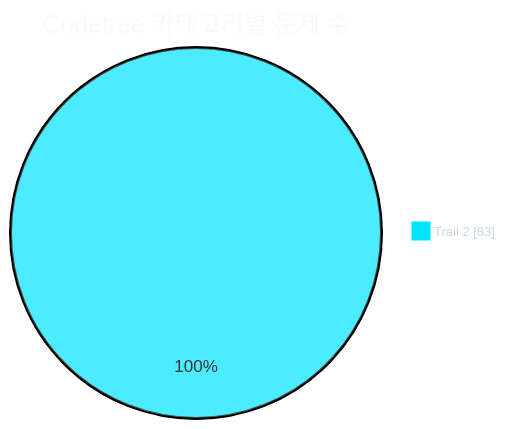
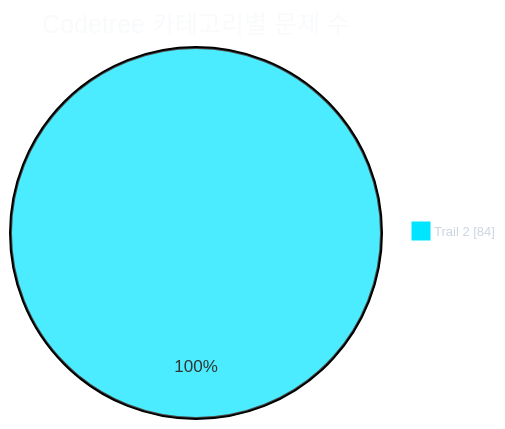
The first of 2 diagrams in readme.md (CHOOSLA/Algorithm), drawn with Mermaid before and after one commit. The commit also changed other lines of this file and 2 other files, not shown here.

````diff
--- a/readme.md
+++ b/readme.md
@@ -31,21 +31,21 @@
 ```mermaid
 ---
 config:
   theme: base
   themeVariables:
     background: '#0d1117'
     pieTitleTextColor: '#f8fafc'
     pieLegendTextColor: '#cbd5e1'
     pieLegendTextSize: '13px'
     pie1: '#00e5ff'
     pie2: '#22c55e'
     pie3: '#f59e0b'
     pie4: '#a855f7'
     pie5: '#ec4899'
     pie6: '#3b82f6'
     pie7: '#64748b'
 ---
 pie showData
   title Codetree 카테고리별 문제 수
-  "Trail 2" : 83
+  "Trail 2" : 84
 ```
````
